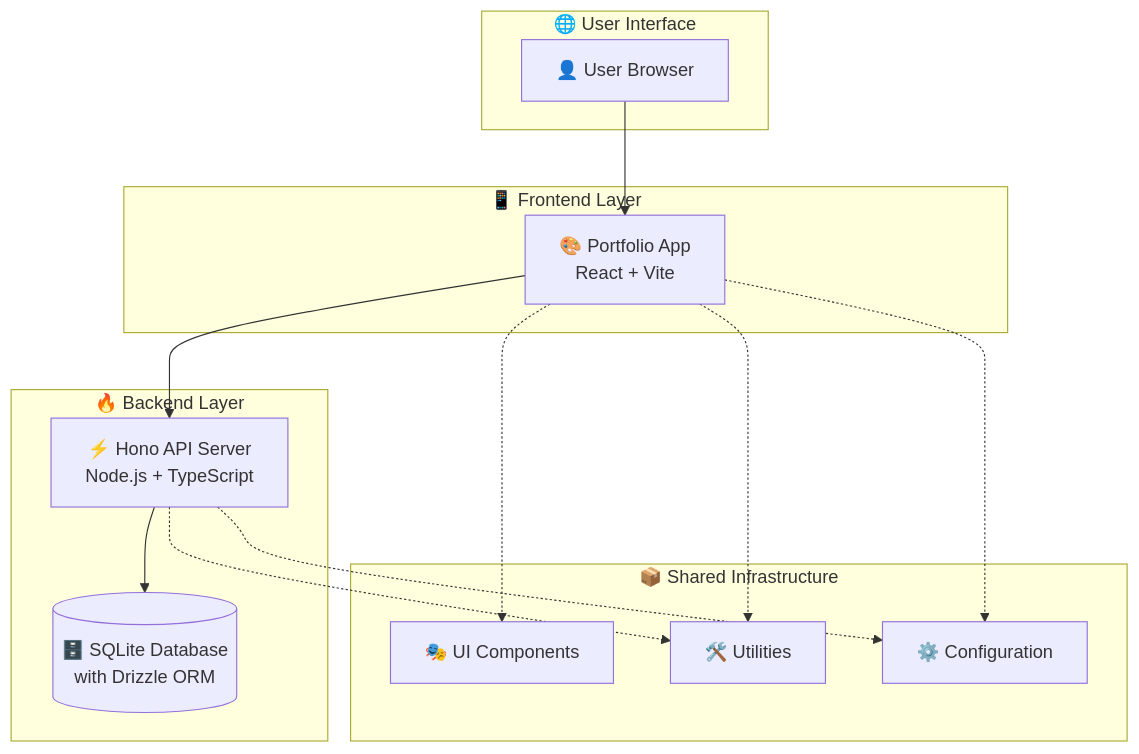
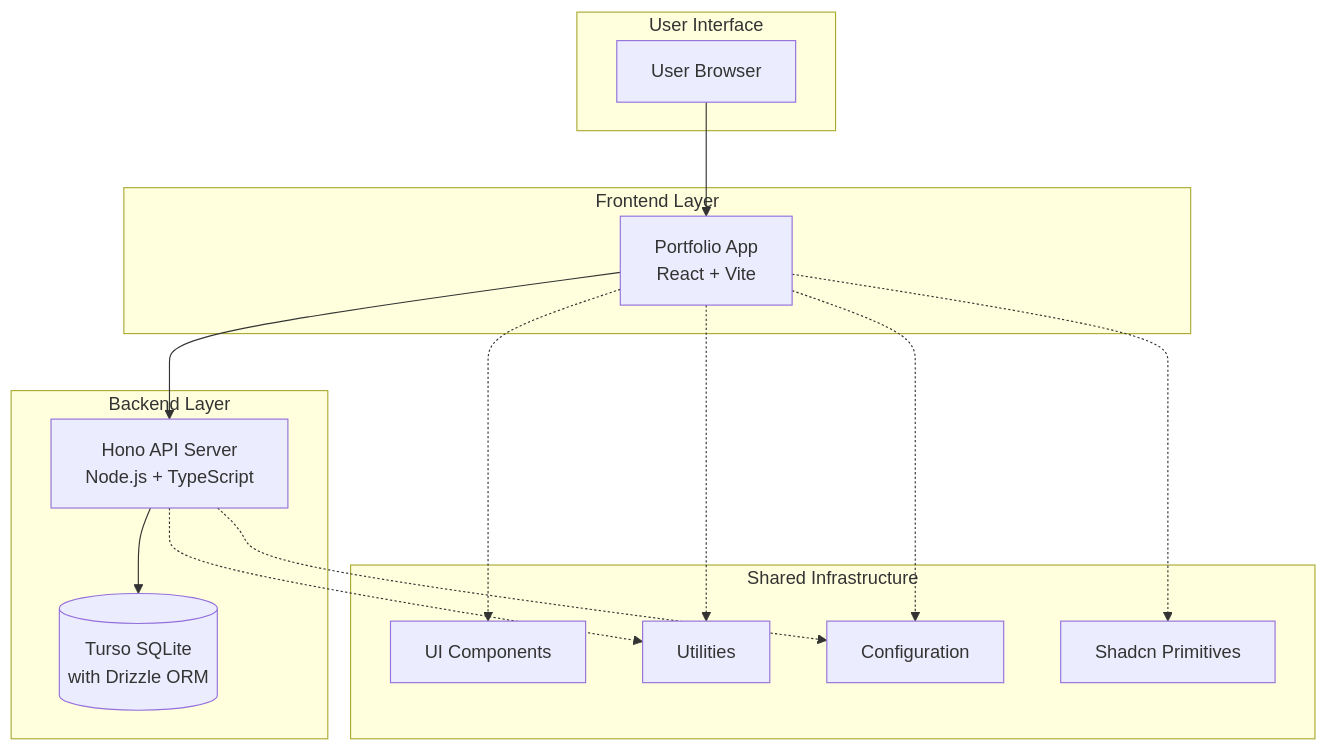
Before and after one commit to IsaiaScope/monorepoonfire: the first of 4 diagrams in doc/architecture-overview.md, drawn with Mermaid. The commit also changed other lines of this file and 13 other files, not shown here.

````diff
--- a/doc/architecture-overview.md
+++ b/doc/architecture-overview.md
@@ -11,30 +11,32 @@
 ```mermaid
 graph TB
-    subgraph "🌐 User Interface"
-        U[👤 User Browser]
+    subgraph "User Interface"
+        U[User Browser]
     end
 
-    subgraph "📱 Frontend Layer"
-        F[🎨 Portfolio App<br/>React + Vite]
+    subgraph "Frontend Layer"
+        F[Portfolio App<br/>React + Vite]
     end
 
-    subgraph "🔥 Backend Layer"
-        B[⚡ Hono API Server<br/>Node.js + TypeScript]
-        DB[(🗄️ SQLite Database<br/>with Drizzle ORM)]
+    subgraph "Backend Layer"
+        B[Hono API Server<br/>Node.js + TypeScript]
+        DB[(Turso SQLite<br/>with Drizzle ORM)]
     end
 
-    subgraph "📦 Shared Infrastructure"
-        UI[🎭 UI Components]
-        UTIL[🛠️ Utilities]
-        CONFIG[⚙️ Configuration]
+    subgraph "Shared Infrastructure"
+        UI[UI Components]
+        UTIL[Utilities]
+        CONFIG[Configuration]
+        SHADCN[Shadcn Primitives]
     end
 
     U --> F
     F --> B
     B --> DB
     F -.-> UI
+    F -.-> SHADCN
     F -.-> UTIL
     F -.-> CONFIG
     B -.-> UTIL
     B -.-> CONFIG
 ```
````
